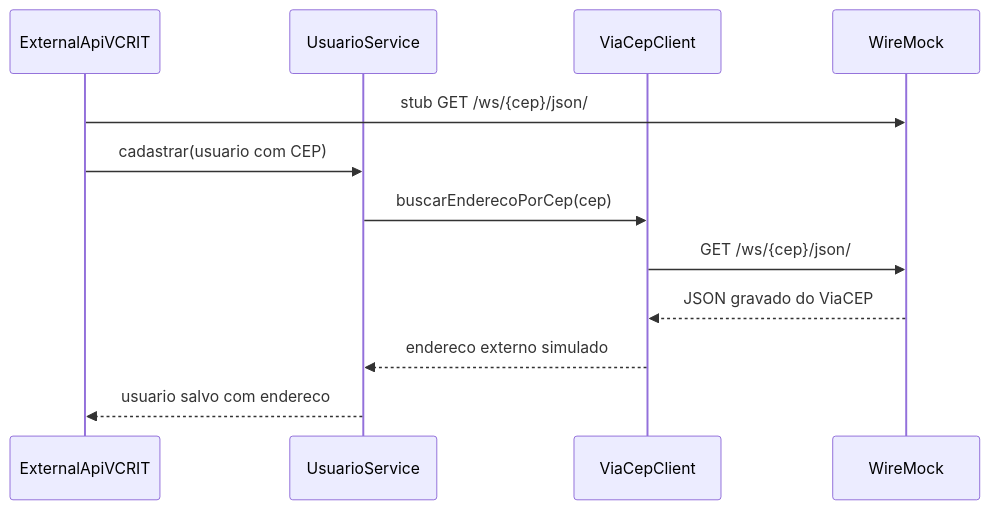
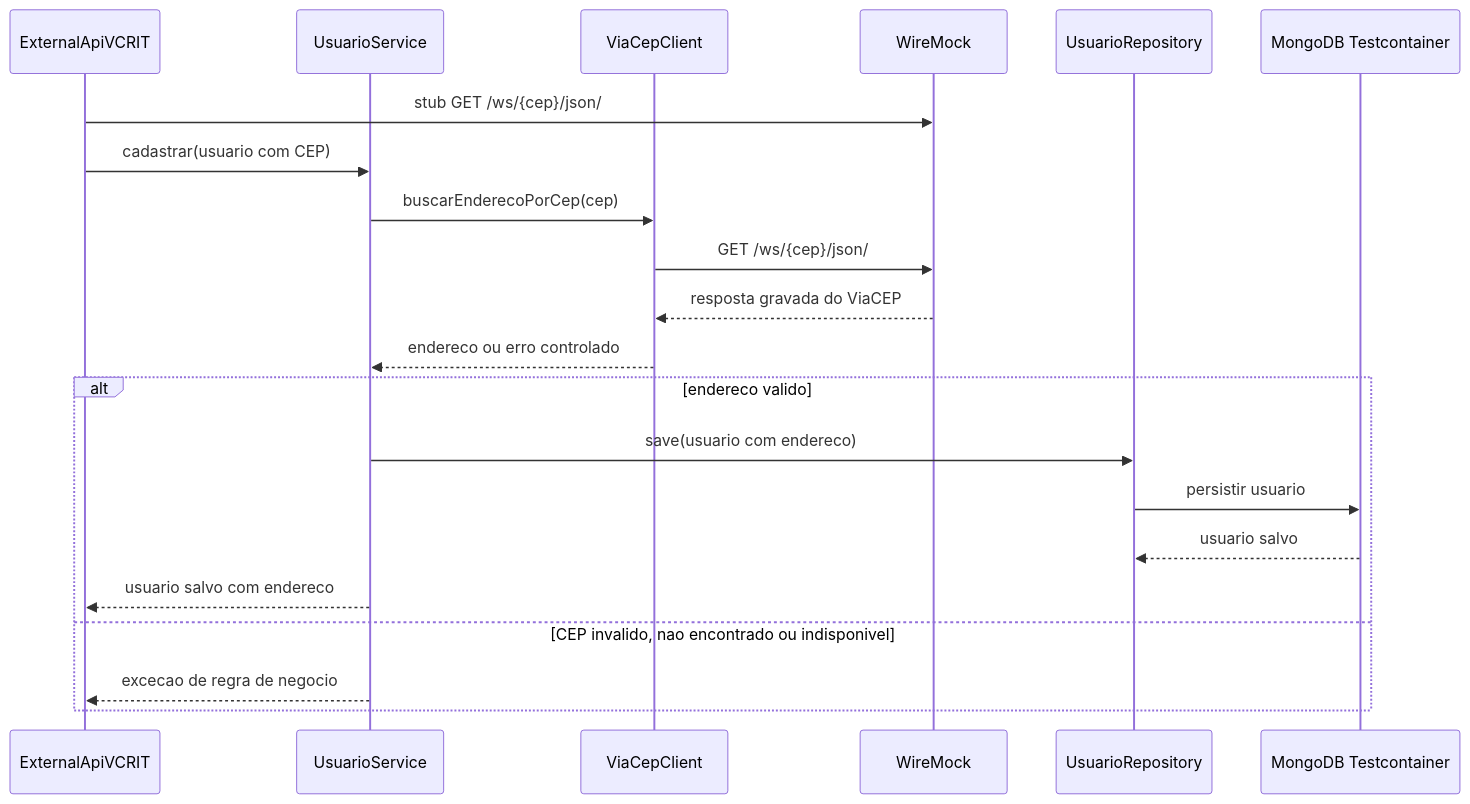
Diagram 11 of 12 in RTM.md (rafalima1907/gerenciador_bibliotecas), drawn with Mermaid before and after one commit. The commit also changed other lines of this file and 3 other files, not shown here.

````diff
--- a/RTM.md
+++ b/RTM.md
@@ -123,15 +304,24 @@
 ```mermaid
 sequenceDiagram
     participant T as ExternalApiVCRIT
     participant S as UsuarioService
     participant V as ViaCepClient
     participant W as WireMock
+    participant R as UsuarioRepository
+    participant DB as MongoDB Testcontainer
 
     T->>W: stub GET /ws/{cep}/json/
     T->>S: cadastrar(usuario com CEP)
     S->>V: buscarEnderecoPorCep(cep)
     V->>W: GET /ws/{cep}/json/
-    W-->>V: JSON gravado do ViaCEP
-    V-->>S: endereco externo simulado
-    S-->>T: usuario salvo com endereco
+    W-->>V: resposta gravada do ViaCEP
+    V-->>S: endereco ou erro controlado
+    alt endereco valido
+        S->>R: save(usuario com endereco)
+        R->>DB: persistir usuario
+        DB-->>R: usuario salvo
+        S-->>T: usuario salvo com endereco
+    else CEP invalido, nao encontrado ou indisponivel
+        S-->>T: excecao de regra de negocio
+    end
 ```
````
